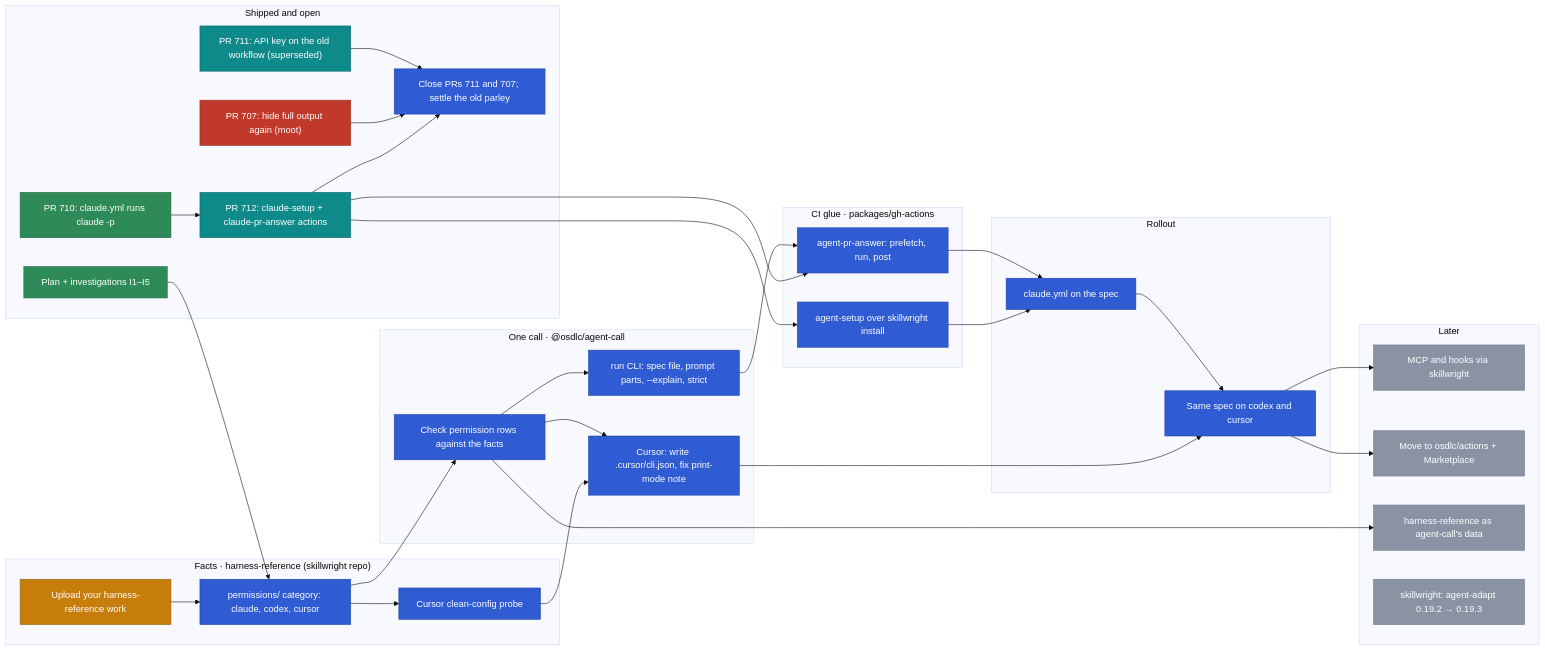
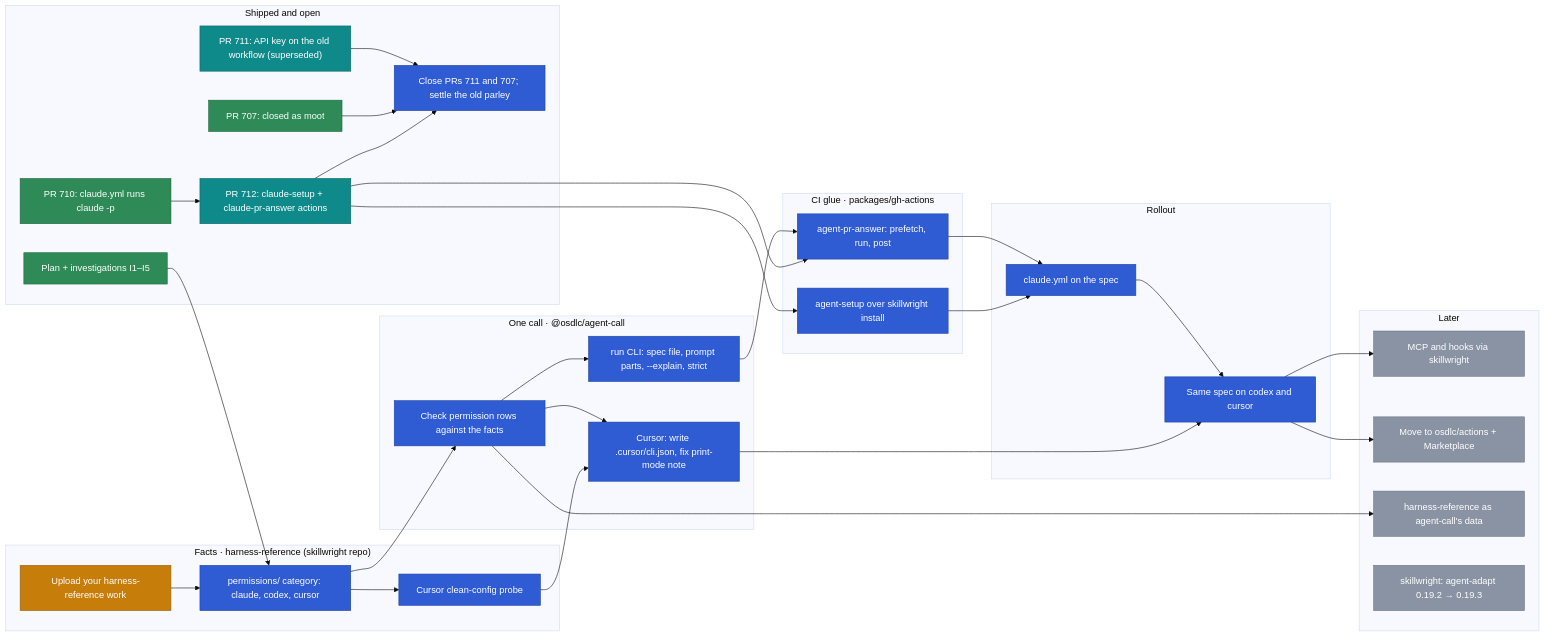
The diagram in docs/planning/agent-ci.md (osdlc/osdlc), drawn with Mermaid (base theme) before and after one commit. The commit also changed other lines of this file, not shown here.

Commit message:
docs(planning): record PR 707 closed as moot

````diff
--- a/docs/planning/agent-ci.md
+++ b/docs/planning/agent-ci.md
@@ -26,71 +26,70 @@
 ```mermaid
 flowchart LR
   subgraph now["Shipped and open"]
     W710["PR 710: claude.yml runs claude -p"]
     P712["PR 712: claude-setup + claude-pr-answer actions"]
     PLAN["Plan + investigations I1–I5"]
-    P707["PR 707: hide full output again (moot)"]
+    P707["PR 707: closed as moot"]
     P711["PR 711: API key on the old workflow (superseded)"]
     CLOSE["Close PRs 711 and 707; settle the old parley"]
   end
   subgraph facts["Facts · harness-reference (skillwright repo)"]
     UP["Upload your harness-reference work"]
     PERM["permissions/ category: claude, codex, cursor"]
     PROBE["Cursor clean-config probe"]
   end
   subgraph call["One call · @osdlc/agent-call"]
     CHECK["Check permission rows against the facts"]
     CUR["Cursor: write .cursor/cli.json, fix print-mode note"]
     RUN["run CLI: spec file, prompt parts, --explain, strict"]
   end
   subgraph acts["CI glue · packages/gh-actions"]
     SETUP["agent-setup over skillwright install"]
     ANS["agent-pr-answer: prefetch, run, post"]
   end
   subgraph roll["Rollout"]
     SPEC["claude.yml on the spec"]
     MULTI["Same spec on codex and cursor"]
   end
   subgraph later["Later"]
     MCP["MCP and hooks via skillwright"]
     PUB["Move to osdlc/actions + Marketplace"]
     DATA["harness-reference as agent-call's data"]
     PIN["skillwright: agent-adapt 0.19.2 → 0.19.3"]
   end
 
   W710 --> P712
   P712 --> CLOSE
   P707 --> CLOSE
   P711 --> CLOSE
   UP --> PERM
   PLAN --> PERM
   PERM --> PROBE
   PERM --> CHECK
   PROBE --> CUR
   CHECK --> CUR
   CHECK --> RUN
   P712 --> SETUP
   P712 --> ANS
   RUN --> ANS
   SETUP --> SPEC
   ANS --> SPEC
   CUR --> MULTI
   SPEC --> MULTI
   MULTI --> MCP
   MULTI --> PUB
   CHECK --> DATA
 
   classDef done fill:#2e8b57,stroke:#1f6640,color:#ffffff
   classDef review fill:#0f8a8a,stroke:#0a6666,color:#ffffff
   classDef ready fill:#7a4fc2,stroke:#5a3596,color:#ffffff
   classDef blocked fill:#c0392b,stroke:#8e2a20,color:#ffffff
   classDef active fill:#c77d0a,stroke:#94600a,color:#ffffff
   classDef next fill:#2f5bd3,stroke:#2144a3,color:#ffffff
   classDef later fill:#8a93a3,stroke:#6b7384,color:#ffffff
-  class W710,PLAN done
+  class W710,PLAN,P707 done
   class P712,P711 review
-  class P707 blocked
   class UP active
   class CLOSE,PERM,PROBE,CHECK,CUR,RUN,SETUP,ANS,SPEC,MULTI next
   class MCP,PUB,DATA,PIN later
 ```
````
